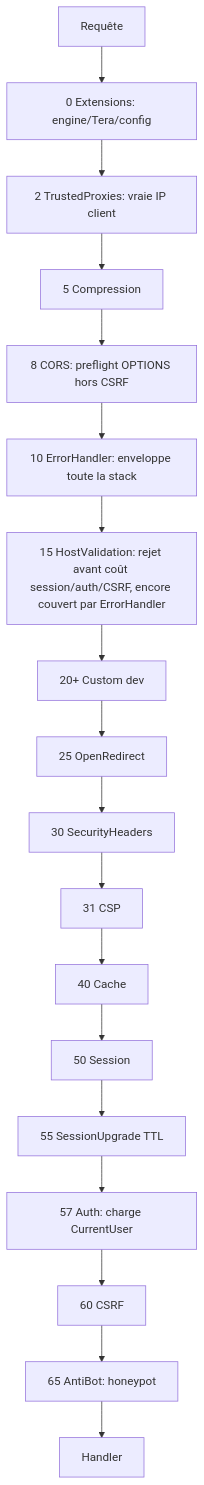
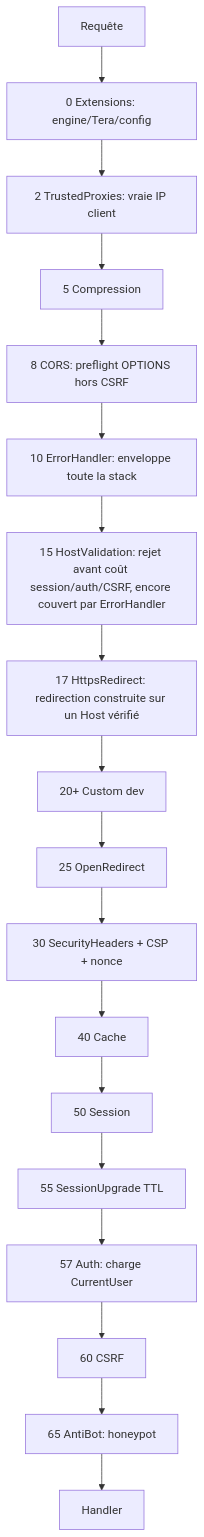
The fourth of 4 diagrams in diagramme/uml/app/builder-staging.md (seb-alliot/runique), drawn with Mermaid before and after one commit. The commit also changed other lines of this file and 57 other files, not shown here.

Commit message:
fix few bug && diagramme

````diff
--- a/diagramme/uml/app/builder-staging.md
+++ b/diagramme/uml/app/builder-staging.md
@@ -52,20 +113,20 @@
 ```mermaid
 flowchart TB
     R[Requête] --> S0[0 Extensions: engine/Tera/config]
     S0 --> S2[2 TrustedProxies: vraie IP client]
     S2 --> S5[5 Compression]
     S5 --> S8[8 CORS: preflight OPTIONS hors CSRF]
     S8 --> S10[10 ErrorHandler: enveloppe toute la stack]
     S10 --> S15[15 HostValidation: rejet avant coût session/auth/CSRF, encore couvert par ErrorHandler]
-    S15 --> S20[20+ Custom dev]
+    S15 --> S17[17 HttpsRedirect: redirection construite sur un Host vérifié]
+    S17 --> S20[20+ Custom dev]
     S20 --> S25[25 OpenRedirect]
-    S25 --> S30[30 SecurityHeaders]
-    S30 --> S31[31 CSP]
-    S31 --> S40[40 Cache]
+    S25 --> S30[30 SecurityHeaders + CSP + nonce]
+    S30 --> S40[40 Cache]
     S40 --> S50[50 Session]
     S50 --> S55[55 SessionUpgrade TTL]
     S55 --> S57[57 Auth: charge CurrentUser]
     S57 --> S60[60 CSRF]
     S60 --> S65[65 AntiBot: honeypot]
     S65 --> H[Handler]
 ```
````
